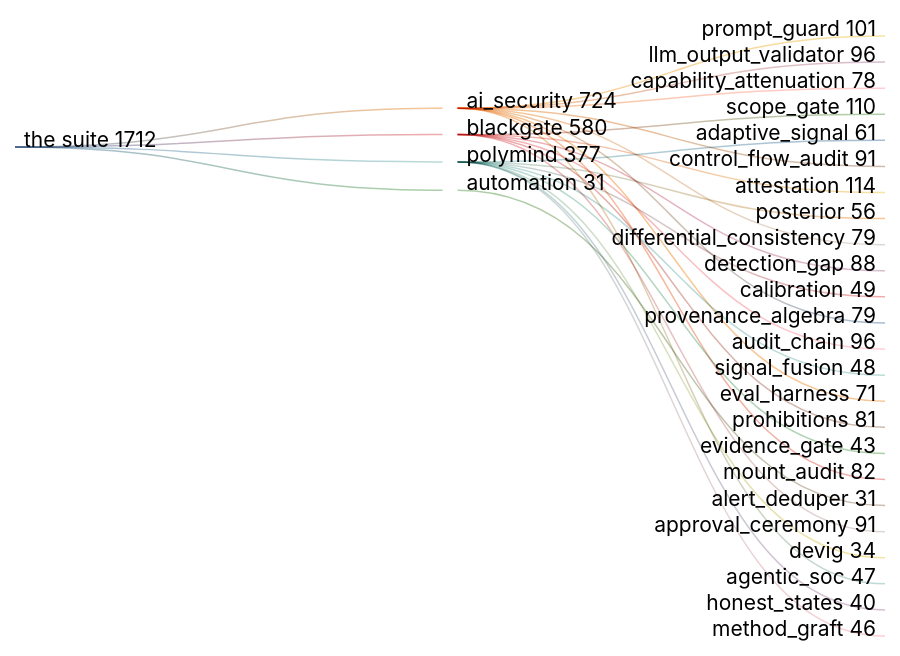
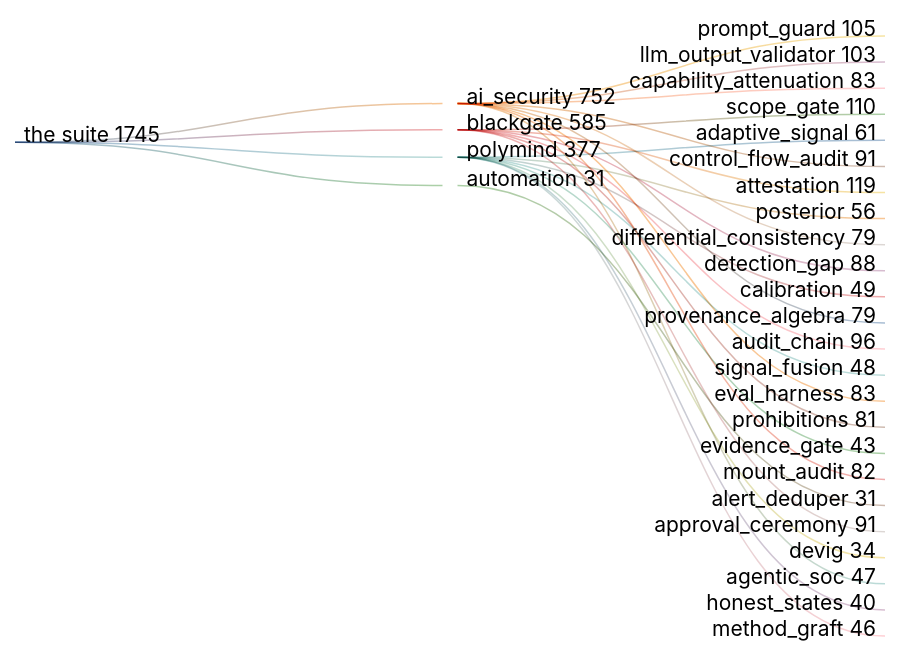
One commit to greeklinux/Showcase changed the third of 5 diagrams in README.md. Above: the diagram before and after it, drawn with Mermaid (forest theme). The commit also changed other lines of this file and 17 other files, not shown here.

````diff
--- a/README.md
+++ b/README.md
@@ -354,32 +354,32 @@
 ```mermaid
 sankey-beta
 
-the suite,ai_security,724
-the suite,blackgate,580
+the suite,ai_security,752
+the suite,blackgate,585
 the suite,polymind,377
 the suite,automation,31
-ai_security,prompt_guard,101
-ai_security,llm_output_validator,96
-ai_security,capability_attenuation,78
+ai_security,prompt_guard,105
+ai_security,llm_output_validator,103
+ai_security,capability_attenuation,83
 ai_security,control_flow_audit,91
 ai_security,differential_consistency,79
 ai_security,provenance_algebra,79
-ai_security,eval_harness,71
+ai_security,eval_harness,83
 ai_security,mount_audit,82
 ai_security,agentic_soc,47
 blackgate,scope_gate,110
-blackgate,attestation,114
+blackgate,attestation,119
 blackgate,detection_gap,88
 blackgate,audit_chain,96
 blackgate,prohibitions,81
 blackgate,approval_ceremony,91
 polymind,adaptive_signal,61
 polymind,posterior,56
 polymind,calibration,49
 polymind,signal_fusion,48
 polymind,evidence_gate,43
 polymind,devig,34
 polymind,honest_states,40
 polymind,method_graft,46
 automation,alert_deduper,31
 ```
````
